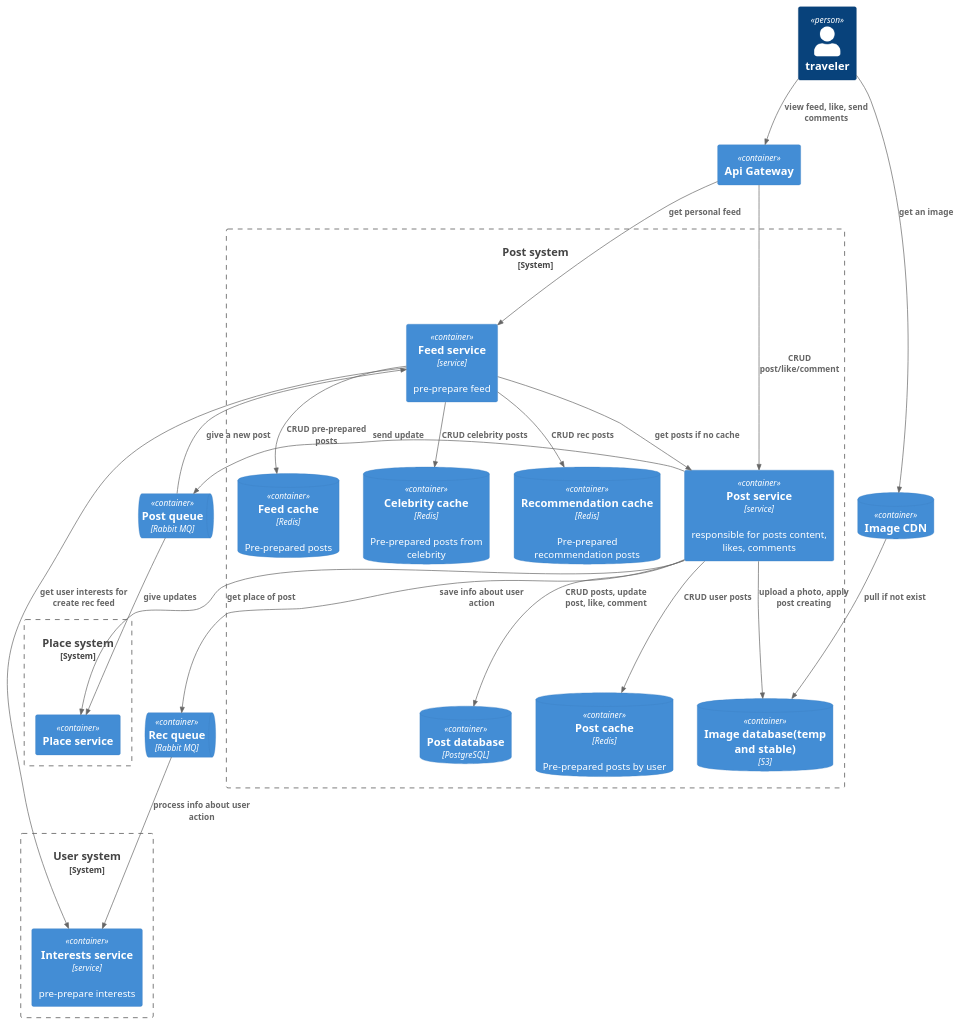
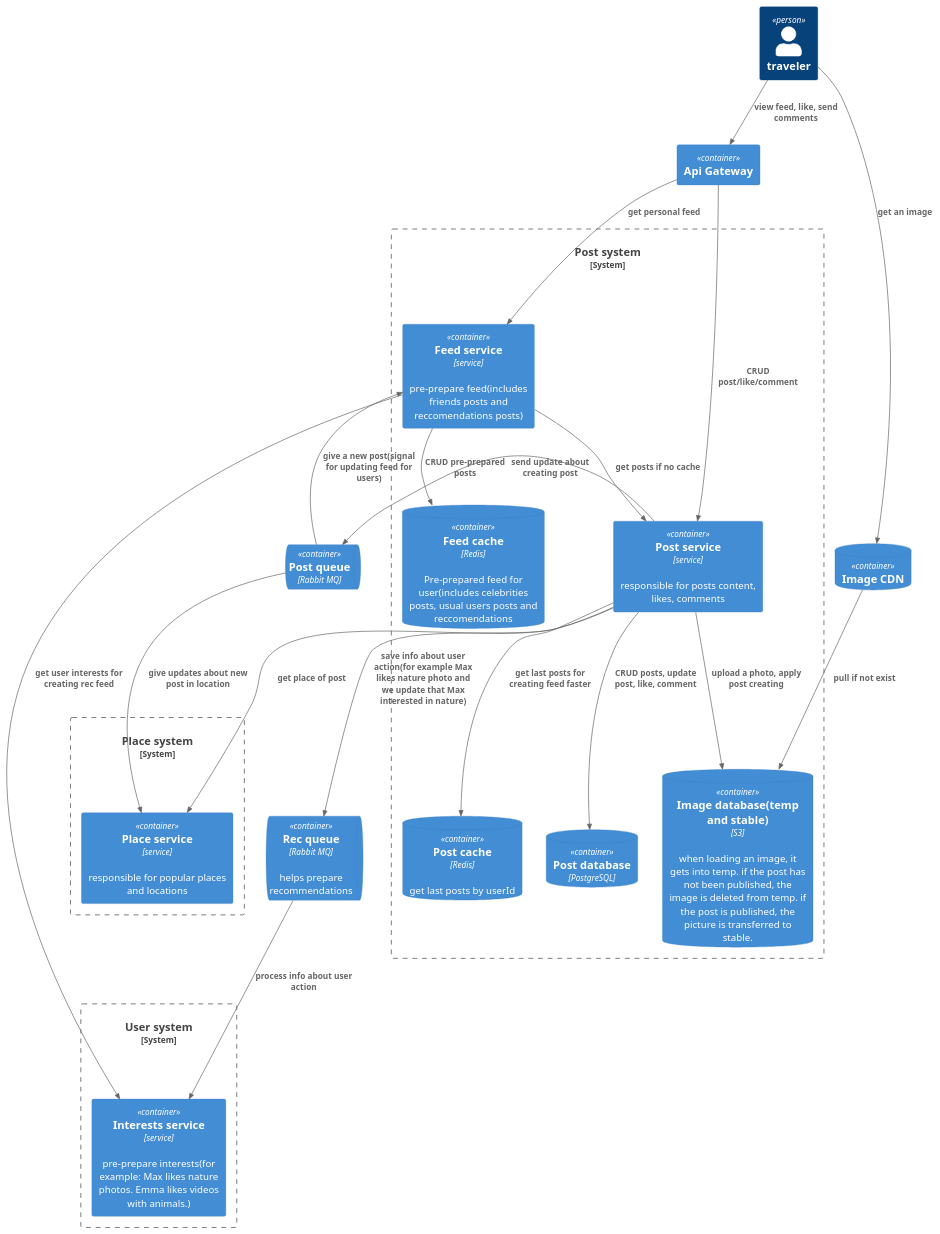
The diagram in architecture/post_system/post.puml (danythere/social_network_system_design), drawn with PlantUML before and after one commit. The commit also changed 6 other files, not shown here.

```diff
--- a/architecture/post_system/post.puml
+++ b/architecture/post_system/post.puml
@@ -1,59 +1,55 @@
 @startuml
 !include https://raw.githubusercontent.com/plantuml-stdlib/C4-PlantUML/master/C4_Container.puml
 Person(traveler, "traveler")
 
 System_Boundary(postSystem, "Post system") {
    Container(postService, "Post service", "service", "responsible for posts content, likes, comments")
+    ContainerDb(postCache, "Post cache", "Redis", "get last posts by userId")
    ContainerDb(postDb, "Post database", "PostgreSQL")
-   Container(feedService, "Feed service", "service", "pre-prepare feed")
-   ContainerDb(feedCache, "Feed cache", "Redis", "Pre-prepared posts")
-   ContainerDb(postCache, "Post cache", "Redis", "Pre-prepared posts by user")
-   ContainerDb(celebrityCache, "Celebrity cache", "Redis", "Pre-prepared posts from celebrity")
-   ContainerDb(recCache, "Recommendation cache", "Redis", "Pre-prepared recommendation posts")
-   ContainerDb(imageDb, "Image database(temp and stable)", "S3")
+   Container(feedService, "Feed service", "service", "pre-prepare feed(includes friends posts and reccomendations posts)")
+   ContainerDb(feedCache, "Feed cache", "Redis", "Pre-prepared feed for user(includes celebrities posts, usual users posts and reccomendations")
+   ContainerDb(imageDb, "Image database(temp and stable)", "S3", "when loading an image, it gets into temp. if the post has not been published, the image is deleted from temp. if the post is published, the picture is transferred to stable.")
 }
 
 System_Boundary(userSystem, "User system") {
-   Container(interestsService, "Interests service", "service", "pre-prepare interests")
+   Container(interestsService, "Interests service", "service", "pre-prepare interests(for example: Max likes nature photos. Emma likes videos with animals.)")
 }
 
 ContainerDb(imageCdn, "Image CDN")
 
 System_Boundary(placeSystem, "Place system") {
-  Container(placeService, "Place service")
+  Container(placeService, "Place service", "service", "responsible for popular places and locations")
 }
 
 Container(apiGateway, "Api Gateway")
 
 ContainerQueue(postQueue, "Post queue", "Rabbit MQ")
-ContainerQueue(recQueue, "Rec queue", "Rabbit MQ")
+ContainerQueue(recQueue, "Rec queue", "Rabbit MQ", "helps prepare recommendations")
 
 Rel(traveler, imageCdn, "get an image")
 
 Rel(imageCdn, imageDb, "pull if not exist")
 
 Rel(postService, imageDb, "upload a photo, apply post creating")
 Rel(postService, postDb, "CRUD posts, update post, like, comment")
-Rel(postService, postCache, "CRUD user posts")
-Rel(postService, postQueue, "send update")
+Rel(postService, postCache, "get last posts for creating feed faster")
+Rel(postService, postQueue, "send update about creating post")
 Rel(postService, placeService, "get place of post")
-Rel(postService, recQueue, "save info about user action")
+Rel(postService, recQueue, "save info about user action(for example Max likes nature photo and we update that Max interested in nature)")
 
 
 Rel(feedService, feedCache, "CRUD pre-prepared posts")
-Rel(feedService, recCache, "CRUD rec posts")
-Rel(feedService, celebrityCache, "CRUD celebrity posts")
 Rel(feedService, postService, "get posts if no cache")
-Rel(feedService, interestsService, "get user interests for create rec feed")
+Rel(feedService, interestsService, "get user interests for creating rec feed")
 
 
-Rel(postQueue, feedService, "give a new post")
-Rel(postQueue, placeService, "give updates")
+Rel(postQueue, feedService, "give a new post(signal for updating feed for users)")
+Rel(postQueue, placeService, "give updates about new post in location")
 
 Rel(recQueue, interestsService, "process info about user action")
 
 Rel(traveler, apiGateway, "view feed, like, send comments")
 
 Rel(apiGateway, feedService, "get personal feed")
 Rel(apiGateway, postService, "CRUD post/like/comment")
 @enduml
```
